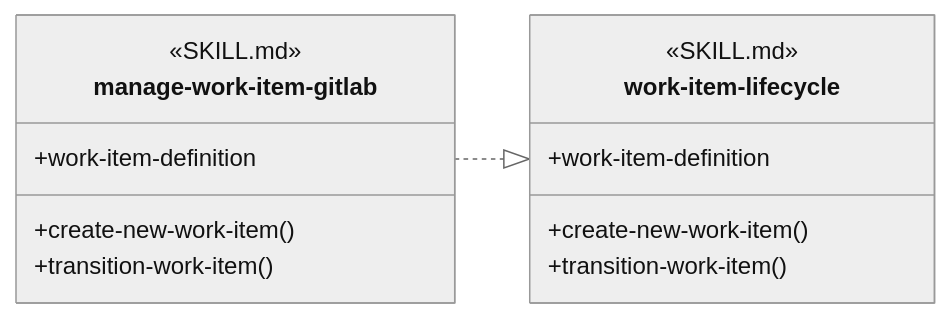
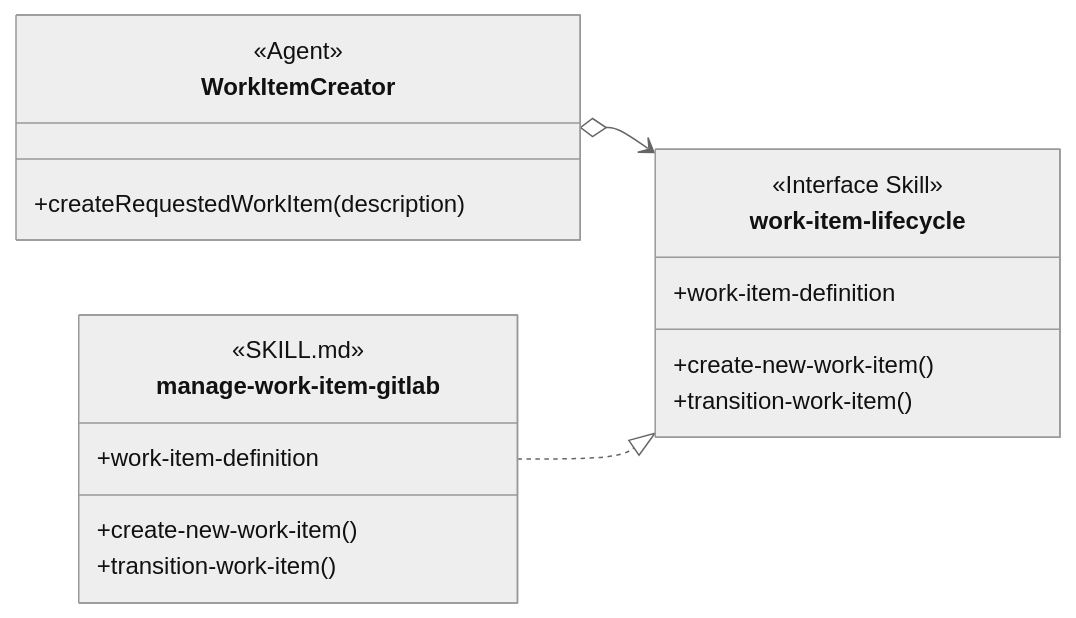
The third of 14 diagrams in design/object-oriented-agent-and-skill-model.md (martinbechard/dev-methodology), drawn with Mermaid (neutral theme) before and after one commit. The commit also changed other lines of this file and 2 other files, not shown here.

Commit message:
docs: show Interface Skill consumer

````diff
--- a/design/object-oriented-agent-and-skill-model.md
+++ b/design/object-oriented-agent-and-skill-model.md
@@ -107,22 +107,27 @@
 ```mermaid
 classDiagram
     direction LR
 
+    class WorkItemCreator {
+        <<Agent>>
+        +createRequestedWorkItem(description)
+    }
+
     class work-item-lifecycle {
-        <<SKILL.md>>
         <<Interface Skill>>
         +work-item-definition
         +create-new-work-item()
         +transition-work-item()
     }
 
     class manage-work-item-gitlab {
         <<SKILL.md>>
         <<Injectable Skill>>
         +work-item-definition
         +create-new-work-item()
         +transition-work-item()
     }
 
+    WorkItemCreator o--> work-item-lifecycle
     manage-work-item-gitlab ..|> work-item-lifecycle
 ```
````
